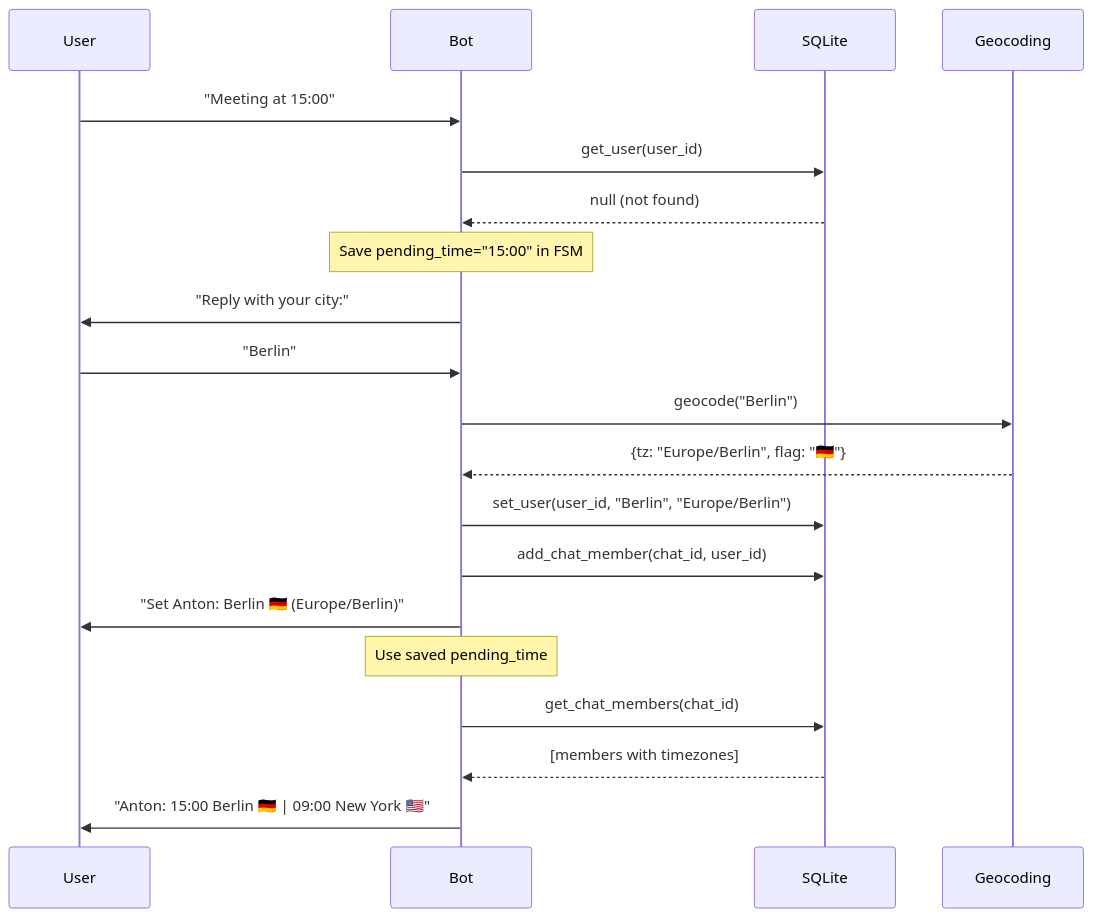
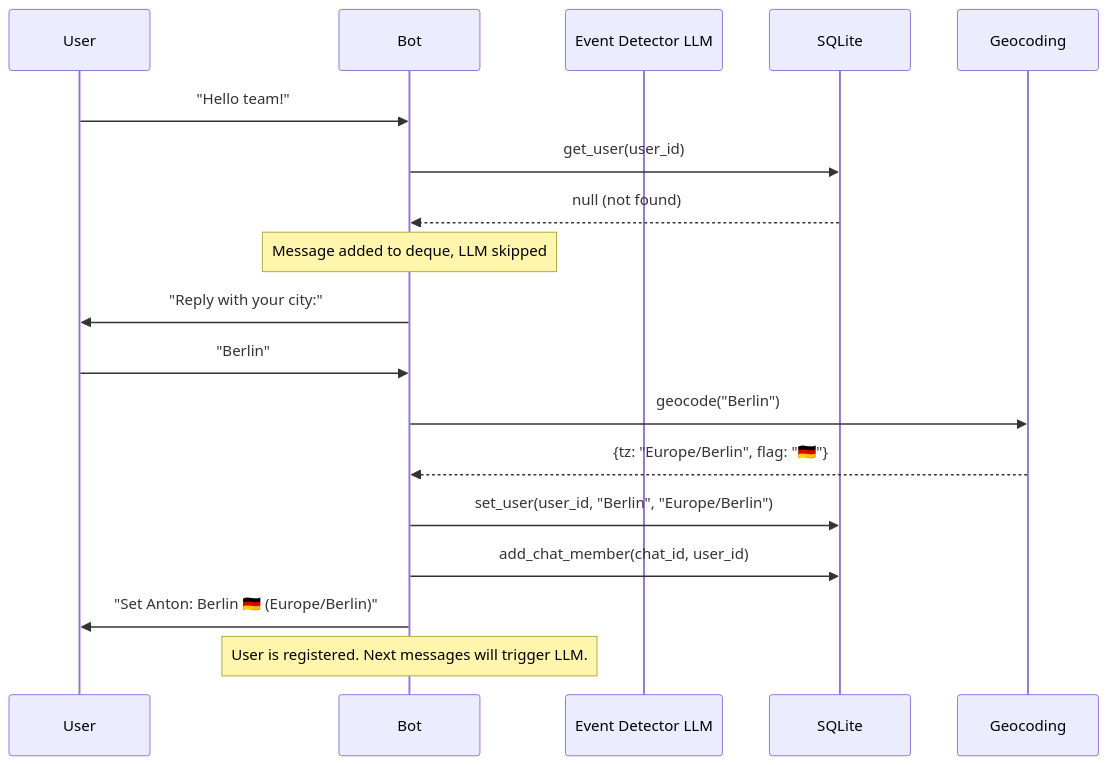
Before and after one commit to antlbn/Timezone_bot: the first of 3 diagrams in journal/04_bot_logic.md, drawn with Mermaid. The commit also changed other lines of this file and 12 other files, not shown here.

````diff
--- a/journal/04_bot_logic.md
+++ b/journal/04_bot_logic.md
@@ -103,23 +111,21 @@
 ```mermaid
 sequenceDiagram
     participant U as User
     participant B as Bot
+    participant LLM as Event Detector LLM
     participant DB as SQLite
     participant G as Geocoding
 
-    U->>B: "Meeting at 15:00"
+    U->>B: "Hello team!"
     B->>DB: get_user(user_id)
     DB-->>B: null (not found)
-    Note over B: Save pending_time="15:00" in FSM
+    Note over B: Message added to deque, LLM skipped
     B->>U: "Reply with your city:"
     U->>B: "Berlin"
     B->>G: geocode("Berlin")
     G-->>B: {tz: "Europe/Berlin", flag: "🇩🇪"}
     B->>DB: set_user(user_id, "Berlin", "Europe/Berlin")
     B->>DB: add_chat_member(chat_id, user_id)
     B->>U: "Set Anton: Berlin 🇩🇪 (Europe/Berlin)"
-    Note over B: Use saved pending_time
-    B->>DB: get_chat_members(chat_id)
-    DB-->>B: [members with timezones]
-    B->>U: "Anton: 15:00 Berlin 🇩🇪 | 09:00 New York 🇺🇸"
+    Note over B: User is registered. Next messages will trigger LLM.
 ```
````
